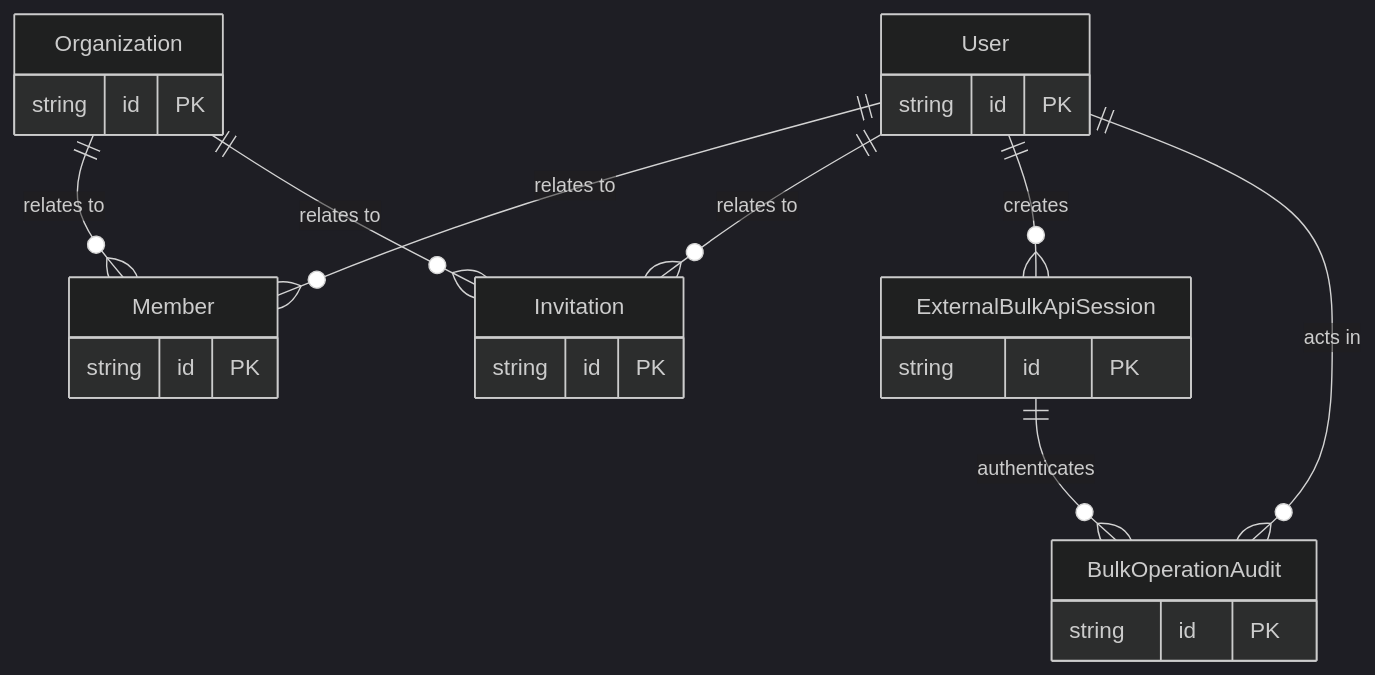
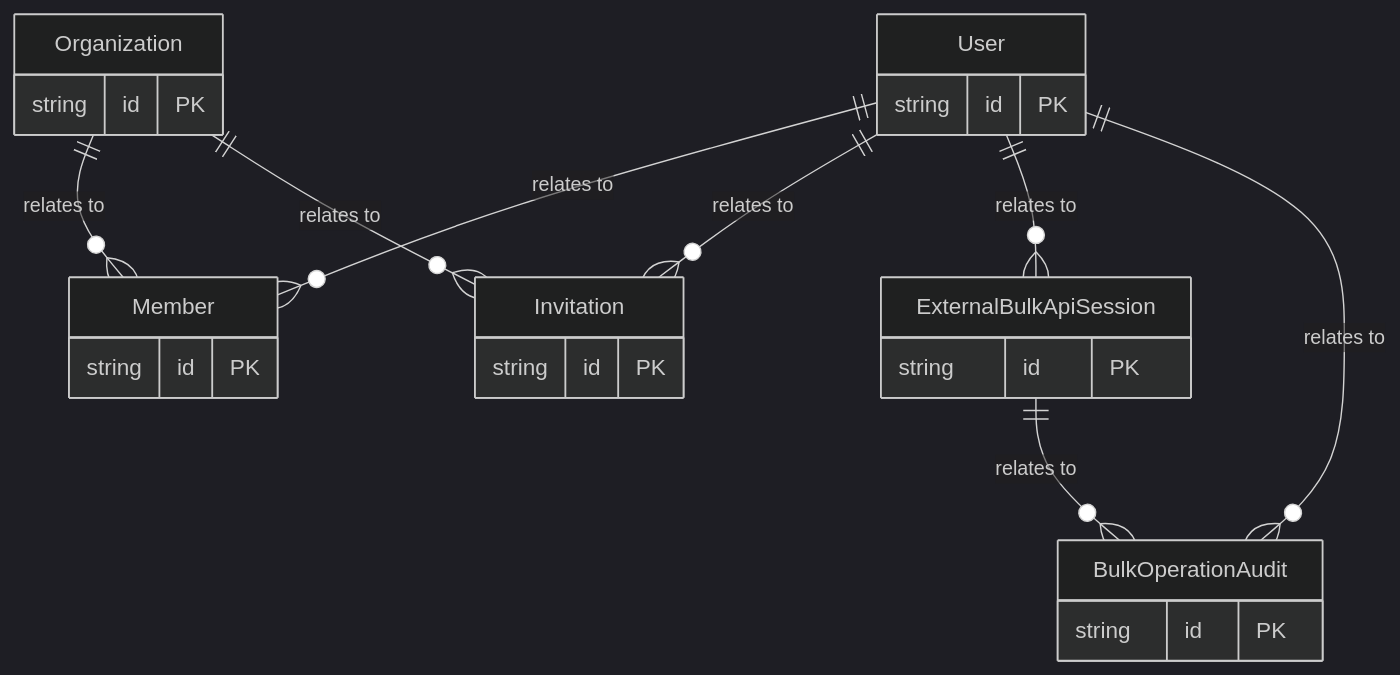
Before and after one commit to bkalaf/echoes-of-eidolon: the diagram in docs/architecture/mermaid/entity/e02-organization-and-access.mmd, drawn with Mermaid (dark theme). The commit also changed 130 other files, not shown here.

```diff
--- a/docs/architecture/mermaid/entity/e02-organization-and-access.mmd
+++ b/docs/architecture/mermaid/entity/e02-organization-and-access.mmd
@@ -1,27 +1,27 @@
 %% Organization and access
 erDiagram
   Organization {
     string id PK
   }
   Member {
     string id PK
   }
   Invitation {
     string id PK
   }
   User {
     string id PK
   }
   ExternalBulkApiSession {
     string id PK
   }
   BulkOperationAudit {
     string id PK
   }
   User ||--o{ Member : "relates to"
   User ||--o{ Invitation : "relates to"
+  User ||--o{ ExternalBulkApiSession : "relates to"
+  User ||--o{ BulkOperationAudit : "relates to"
   Organization ||--o{ Member : "relates to"
   Organization ||--o{ Invitation : "relates to"
-  User ||--o{ ExternalBulkApiSession : "creates"
-  User ||--o{ BulkOperationAudit : "acts in"
-  ExternalBulkApiSession ||--o{ BulkOperationAudit : "authenticates"
+  ExternalBulkApiSession ||--o{ BulkOperationAudit : "relates to"
```
